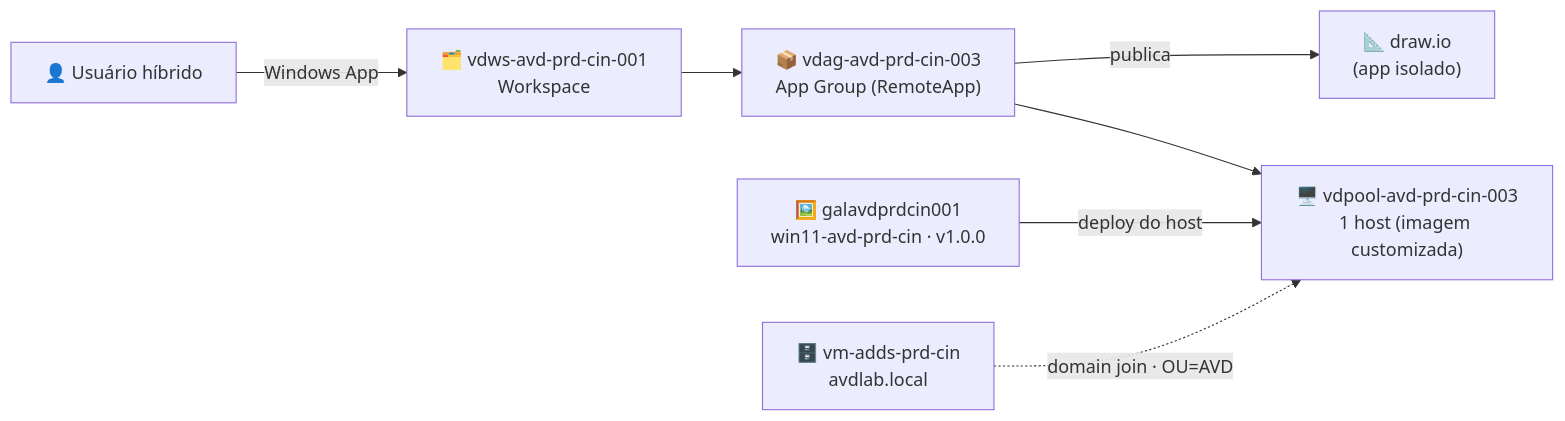
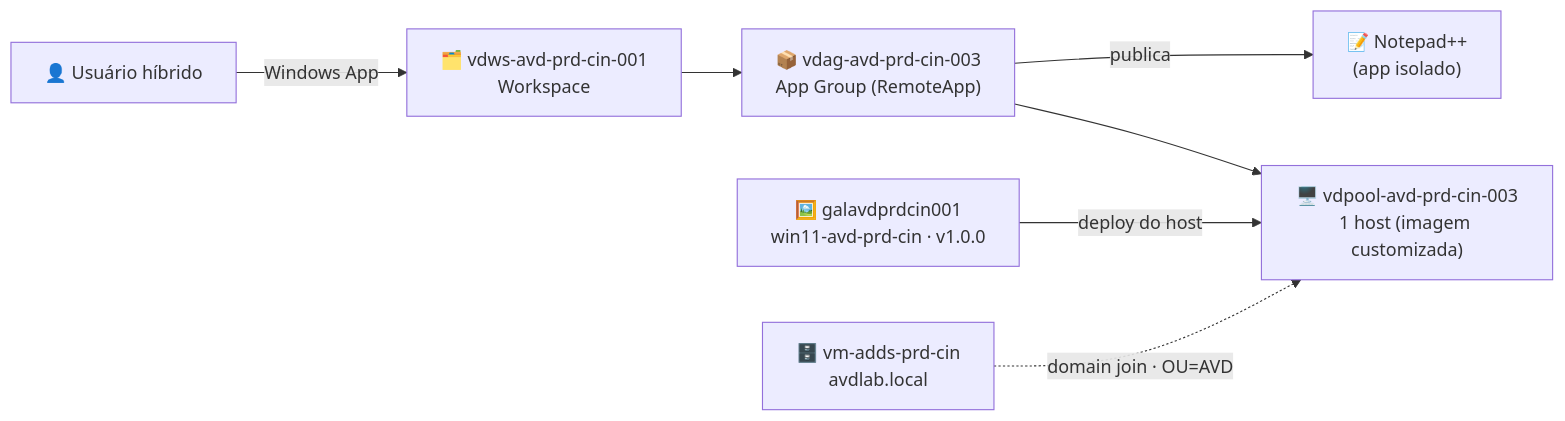
One commit to raphasi/posavd changed the diagram in Lab07_Hostpool_RemoteApp_Aplicacao.md. Above: the diagram before and after it, drawn with Mermaid. The commit also changed other lines of this file and 1 other file, not shown here.

Commit message:
Lab07: publicar Notepad++ como RemoteApp (em vez do draw.io); ajusta ponteiro do Lab06

````diff
--- a/Lab07_Hostpool_RemoteApp_Aplicacao.md
+++ b/Lab07_Hostpool_RemoteApp_Aplicacao.md
@@ -18,9 +18,9 @@
 ```mermaid
 flowchart LR
     U["👤 Usuário híbrido"] -->|"Windows App"| WS["🗂️ vdws-avd-prd-cin-001<br/>Workspace"]
     WS --> AG["📦 vdag-avd-prd-cin-003<br/>App Group (RemoteApp)"]
-    AG -->|"publica"| APP["📐 draw.io<br/>(app isolado)"]
+    AG -->|"publica"| APP["📝 Notepad++<br/>(app isolado)"]
     AG --> HP["🖥️ vdpool-avd-prd-cin-003<br/>1 host (imagem customizada)"]
     G["🖼️ galavdprdcin001<br/>win11-avd-prd-cin · v1.0.0"] -->|"deploy do host"| HP
     DC["🗄️ vm-adds-prd-cin<br/>avdlab.local"] -.->|"domain join · OU=AVD"| HP
 ```
````
